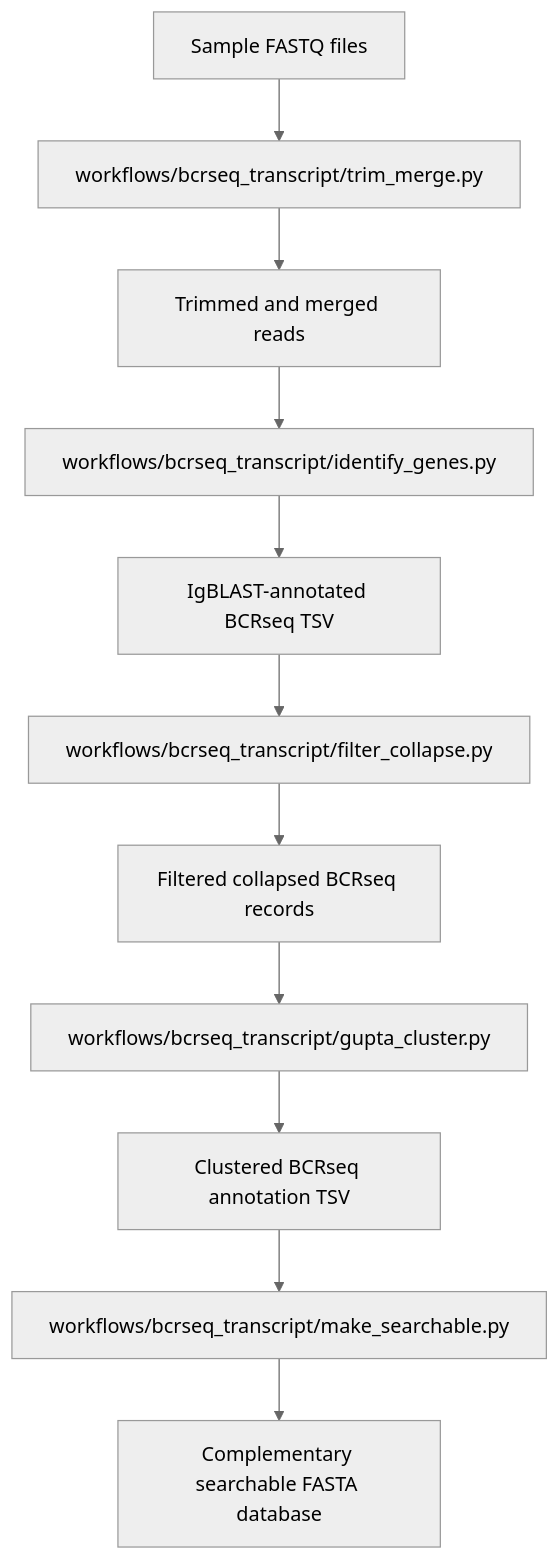
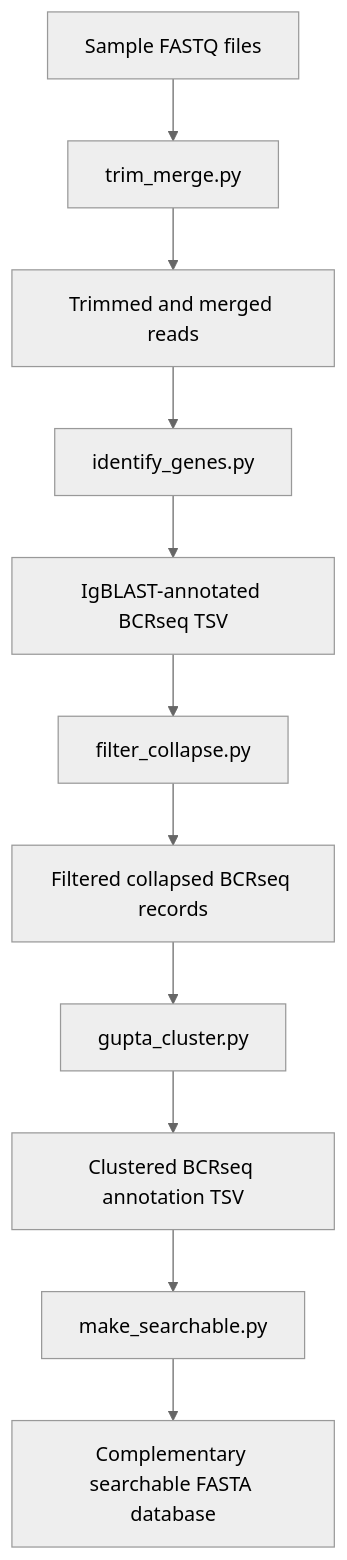
One commit to LukeHebert/bcrseq_igseq changed the first of 2 diagrams in README.md. Above: the diagram before and after it, drawn with Mermaid (neutral theme).

Commit message:
Simplify file paths in README BCR-seq diagram
Updated file paths in the BCR-seq workflow diagram to remove 'workflows/bcrseq_transcript/' prefix.

````diff
--- a/README.md
+++ b/README.md
@@ -40,13 +40,13 @@
 ```mermaid
 flowchart TD
-    A[Sample FASTQ files] --> B[workflows/bcrseq_transcript/trim_merge.py]
+    A[Sample FASTQ files] --> B[trim_merge.py]
     B --> C[Trimmed and merged reads]
-    C --> D[workflows/bcrseq_transcript/identify_genes.py]
+    C --> D[identify_genes.py]
     D --> E[IgBLAST-annotated BCRseq TSV]
-    E --> F[workflows/bcrseq_transcript/filter_collapse.py]
+    E --> F[filter_collapse.py]
     F --> G[Filtered collapsed BCRseq records]
-    G --> H[workflows/bcrseq_transcript/gupta_cluster.py]
+    G --> H[gupta_cluster.py]
     H --> I[Clustered BCRseq annotation TSV]
-    I --> J[workflows/bcrseq_transcript/make_searchable.py]
+    I --> J[make_searchable.py]
     J --> K[Complementary searchable FASTA database]
 ```
````
